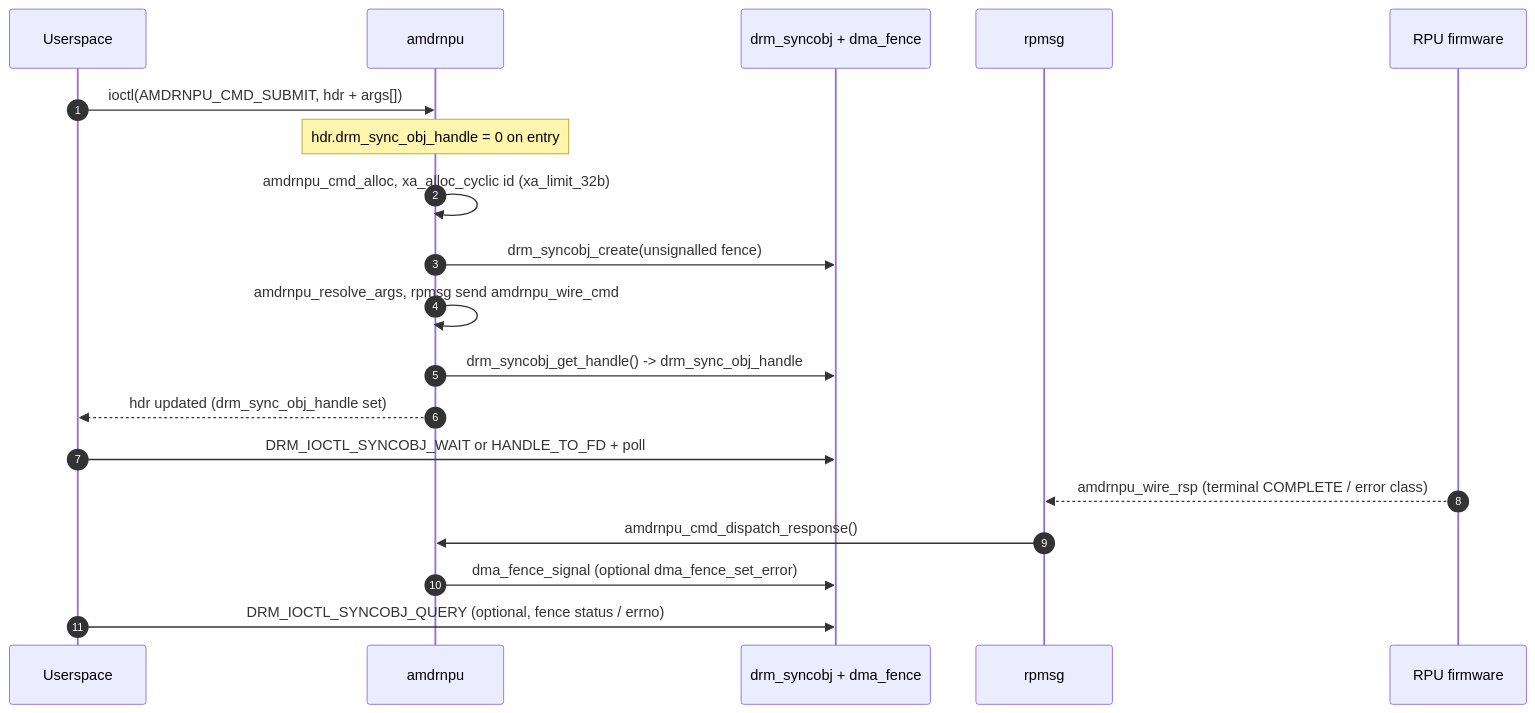
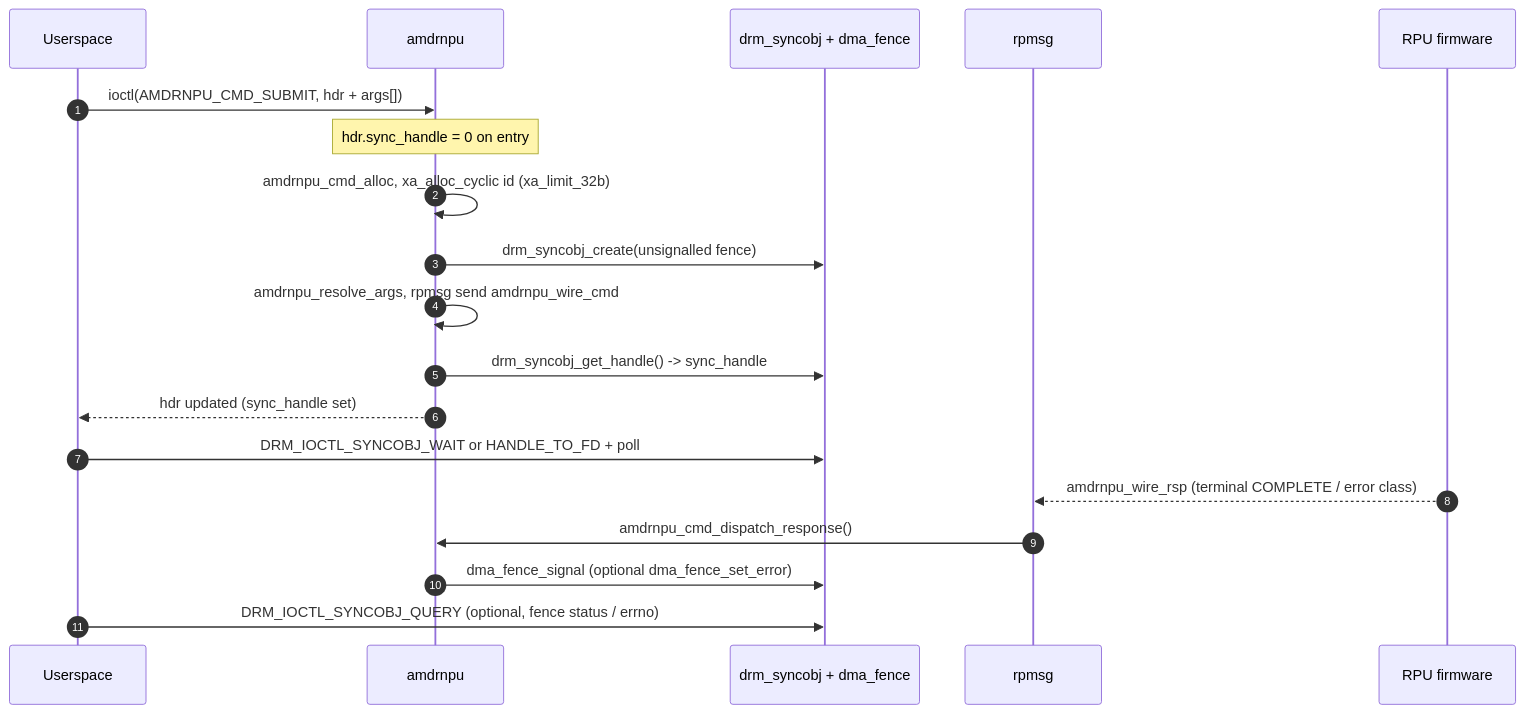
Before and after one commit to Xilinx/amdrnpu: the second of 2 diagrams in docs/commands.md, drawn with Mermaid. The commit also changed other lines of this file and 13 other files, not shown here.

````diff
--- a/docs/commands.md
+++ b/docs/commands.md
@@ -48,25 +48,25 @@
 ```mermaid
 sequenceDiagram
     autonumber
     participant U as Userspace
     participant K as amdrnpu
     participant SO as drm_syncobj + dma_fence
     participant RPMSG as rpmsg
     participant RPU as RPU firmware
 
     U->>K: ioctl(AMDRNPU_CMD_SUBMIT, hdr + args[])
-    Note over K: hdr.drm_sync_obj_handle = 0 on entry
+    Note over K: hdr.sync_handle = 0 on entry
     K->>K: amdrnpu_cmd_alloc, xa_alloc_cyclic id (xa_limit_32b)
     K->>SO: drm_syncobj_create(unsignalled fence)
     K->>K: amdrnpu_resolve_args, rpmsg send amdrnpu_wire_cmd
-    K->>SO: drm_syncobj_get_handle() -> drm_sync_obj_handle
-    K-->>U: hdr updated (drm_sync_obj_handle set)
+    K->>SO: drm_syncobj_get_handle() -> sync_handle
+    K-->>U: hdr updated (sync_handle set)
 
     U->>SO: DRM_IOCTL_SYNCOBJ_WAIT or HANDLE_TO_FD + poll
 
     RPU-->>RPMSG: amdrnpu_wire_rsp (terminal COMPLETE / error class)
     RPMSG->>K: amdrnpu_cmd_dispatch_response()
     K->>SO: dma_fence_signal (optional dma_fence_set_error)
 
     U->>SO: DRM_IOCTL_SYNCOBJ_QUERY (optional, fence status / errno)
 ```
````
